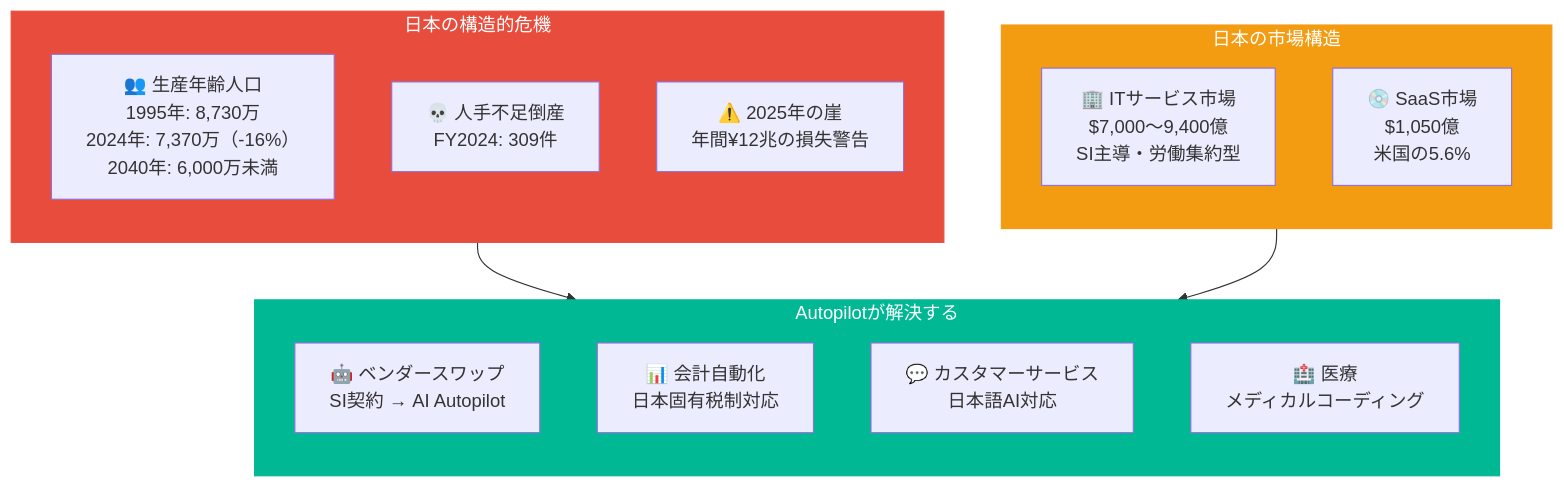
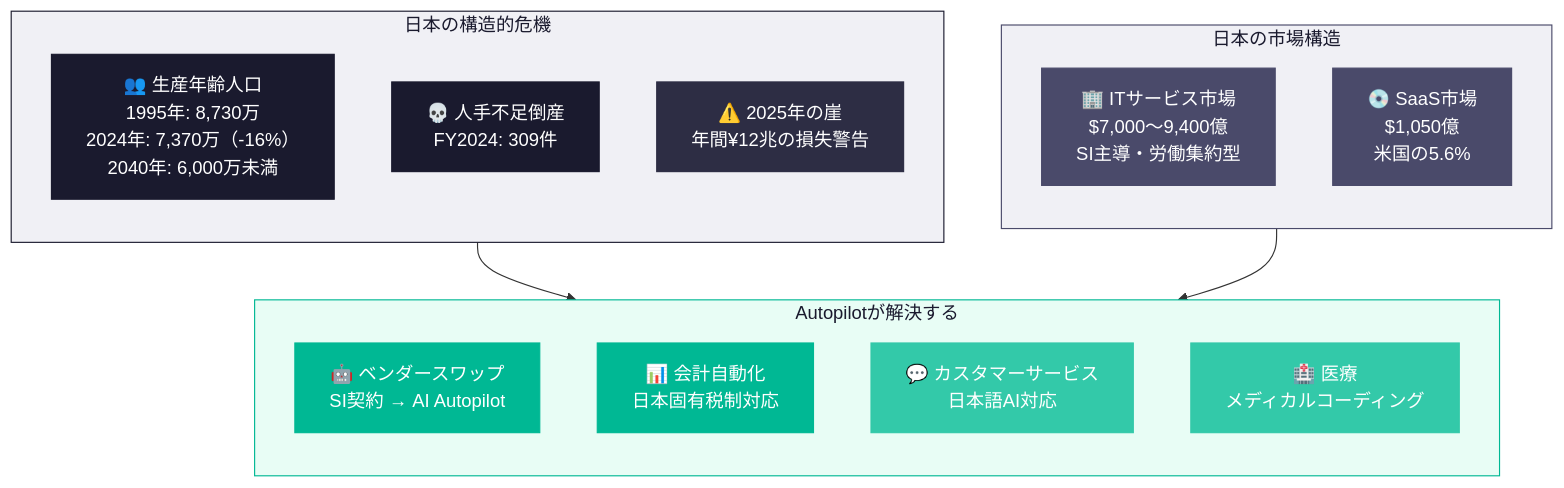
One commit to Leading-AI-IO/saas-is-dead-the-next-ai-business-model changed the tenth of 10 diagrams in docs/jp/saas-is-dead_JP.md. Above: the diagram before and after it, drawn with Mermaid. The commit also changed other lines of this file, not shown here.

````diff
--- a/docs/jp/saas-is-dead_JP.md
+++ b/docs/jp/saas-is-dead_JP.md
@@ -1064,30 +1099,39 @@
 ```mermaid
 flowchart TD
     subgraph CRISIS["日本の構造的危機"]
         direction TB
         CR1["👥 生産年齢人口\n1995年: 8,730万\n2024年: 7,370万（-16%）\n2040年: 6,000万未満"]
         CR2["💀 人手不足倒産\nFY2024: 309件"]
         CR3["⚠️ 2025年の崖\n年間¥12兆の損失警告"]
     end
 
     subgraph MARKET["日本の市場構造"]
         direction TB
         MK1["🏢 ITサービス市場\n$7,000〜9,400億\nSI主導・労働集約型"]
         MK2["💿 SaaS市場\n$1,050億\n米国の5.6%"]
     end
 
     subgraph SOLUTION["Autopilotが解決する"]
         direction TB
         SL1["🤖 ベンダースワップ\nSI契約 → AI Autopilot"]
         SL2["📊 会計自動化\n日本固有税制対応"]
         SL3["💬 カスタマーサービス\n日本語AI対応"]
         SL4["🏥 医療\nメディカルコーディング"]
     end
 
     CRISIS --> SOLUTION
     MARKET --> SOLUTION
 
-    style CRISIS fill:#e74c3c,stroke:#e74c3c,color:#fff
-    style MARKET fill:#f39c12,stroke:#f39c12,color:#fff
-    style SOLUTION fill:#00b894,stroke:#00b894,color:#fff
+    style CRISIS fill:#f0f0f5,stroke:#1a1a2e,color:#1a1a2e
+    style MARKET fill:#f0f0f5,stroke:#4a4a6a,color:#1a1a2e
+    style SOLUTION fill:#e8fdf5,stroke:#00b894,color:#1a1a2e
+    style CR1 fill:#1a1a2e,stroke:#1a1a2e,color:#fff
+    style CR2 fill:#1a1a2e,stroke:#1a1a2e,color:#fff
+    style CR3 fill:#2d2d44,stroke:#2d2d44,color:#fff
+    style MK1 fill:#4a4a6a,stroke:#4a4a6a,color:#fff
+    style MK2 fill:#4a4a6a,stroke:#4a4a6a,color:#fff
+    style SL1 fill:#00b894,stroke:#00b894,color:#fff
+    style SL2 fill:#00b894,stroke:#00b894,color:#fff
+    style SL3 fill:#33c9a9,stroke:#33c9a9,color:#fff
+    style SL4 fill:#33c9a9,stroke:#33c9a9,color:#fff
 ```
````
